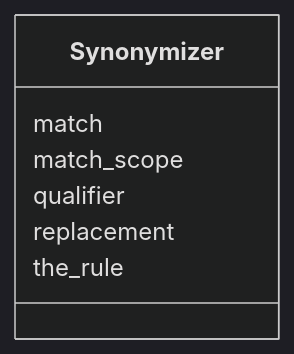
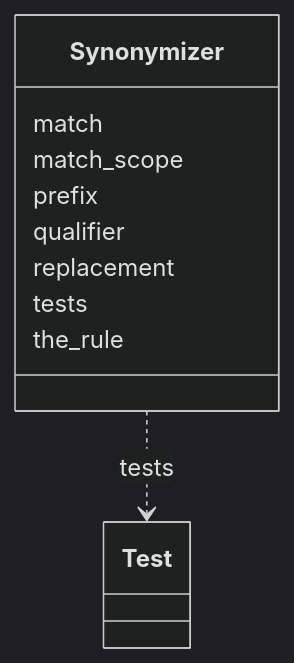
Before and after one commit to INCATools/ontology-access-kit: the diagram in mapping-rules/Synonymizer.md, drawn with Mermaid (dark theme). The commit also changed other lines of this file and 21 other files, not shown here.

````diff
--- a/mapping-rules/Synonymizer.md
+++ b/mapping-rules/Synonymizer.md
@@ -9,15 +9,21 @@
 ```{mermaid}
  classDiagram
     class Synonymizer
       Synonymizer : match
         
       Synonymizer : match_scope
         
+      Synonymizer : prefix
+        
       Synonymizer : qualifier
         
       Synonymizer : replacement
+        
+      Synonymizer : tests
+        
+          Synonymizer ..> Test : tests
         
       Synonymizer : the_rule
         
       
 ```
````
